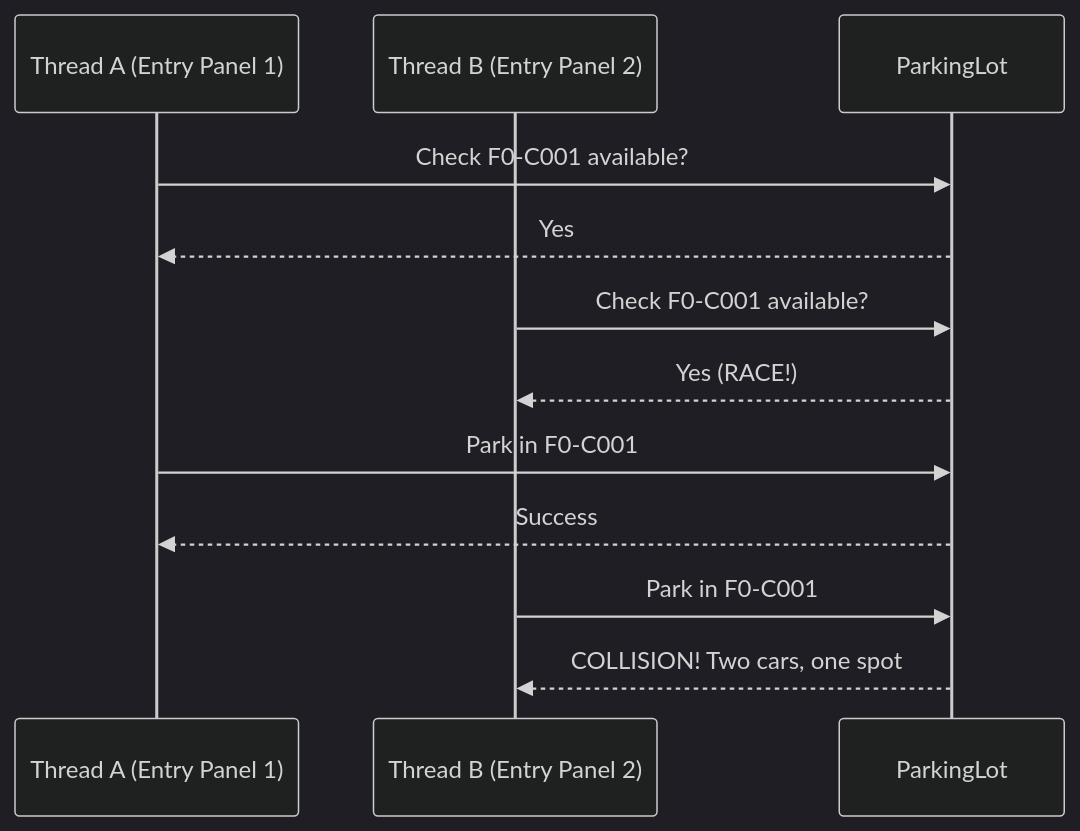
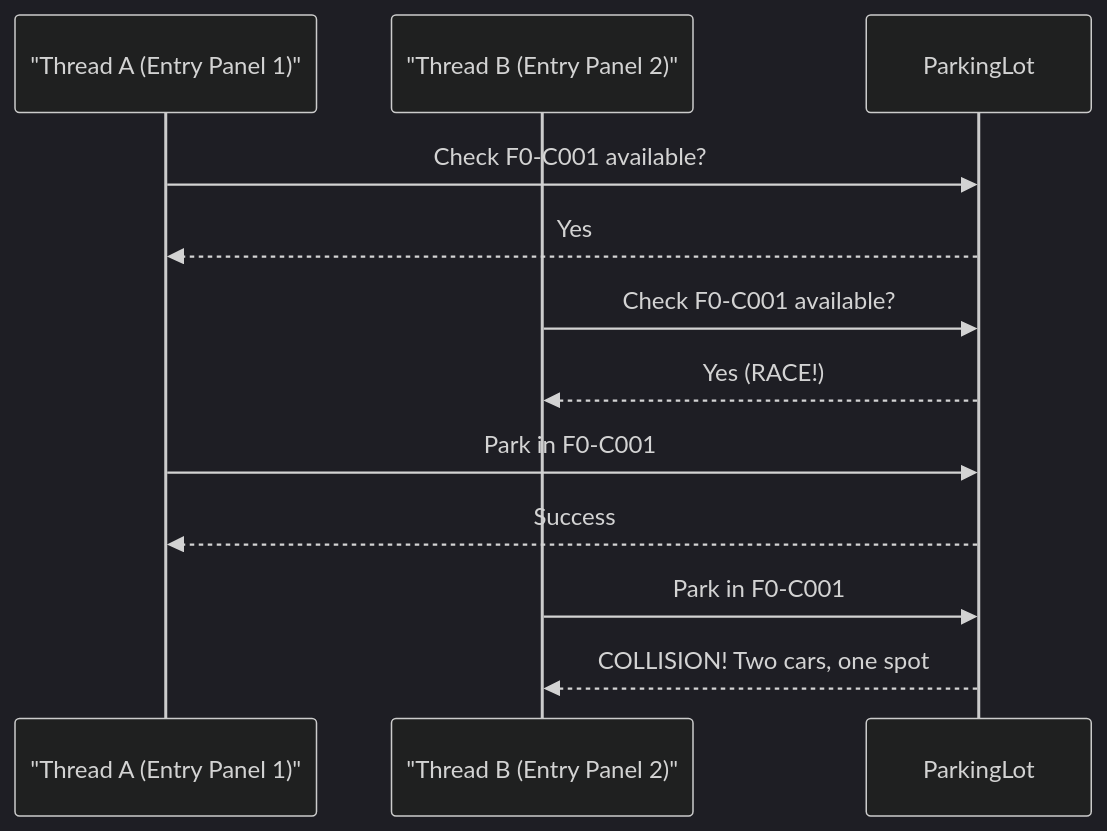
Before and after one commit to Prateeshtalasu/SystemDesignGuide: the eighth of 9 diagrams in Phase-08-Low-Level-Design/01-parking-lot/03-simulation-testing.md, drawn with Mermaid (dark theme). The commit also changed other lines of this file and 171 other files, not shown here.

Commit message:
Convert ASCII diagrams to Mermaid in Phase-08-Low-Level-Design - Converted 2 ASCII diagrams (library-management state transition, elevator-system class diagram) to Mermaid - Validated all 100 existing Mermaid diagrams - Wrapped ASCII diagrams in collapsible details blocks for reference

````diff
--- a/Phase-08-Low-Level-Design/01-parking-lot/03-simulation-testing.md
+++ b/Phase-08-Low-Level-Design/01-parking-lot/03-simulation-testing.md
@@ -293,15 +400,15 @@
 ```mermaid
 sequenceDiagram
-    participant A as Thread A (Entry Panel 1)
-    participant B as Thread B (Entry Panel 2)
+    participant A as "Thread A (Entry Panel 1)"
+    participant B as "Thread B (Entry Panel 2)"
     participant S as ParkingLot
 
     A->>S: Check F0-C001 available?
     S-->>A: Yes
     B->>S: Check F0-C001 available?
     S-->>B: Yes (RACE!)
     A->>S: Park in F0-C001
     S-->>A: Success
     B->>S: Park in F0-C001
     S-->>B: COLLISION! Two cars, one spot
 ```
````
